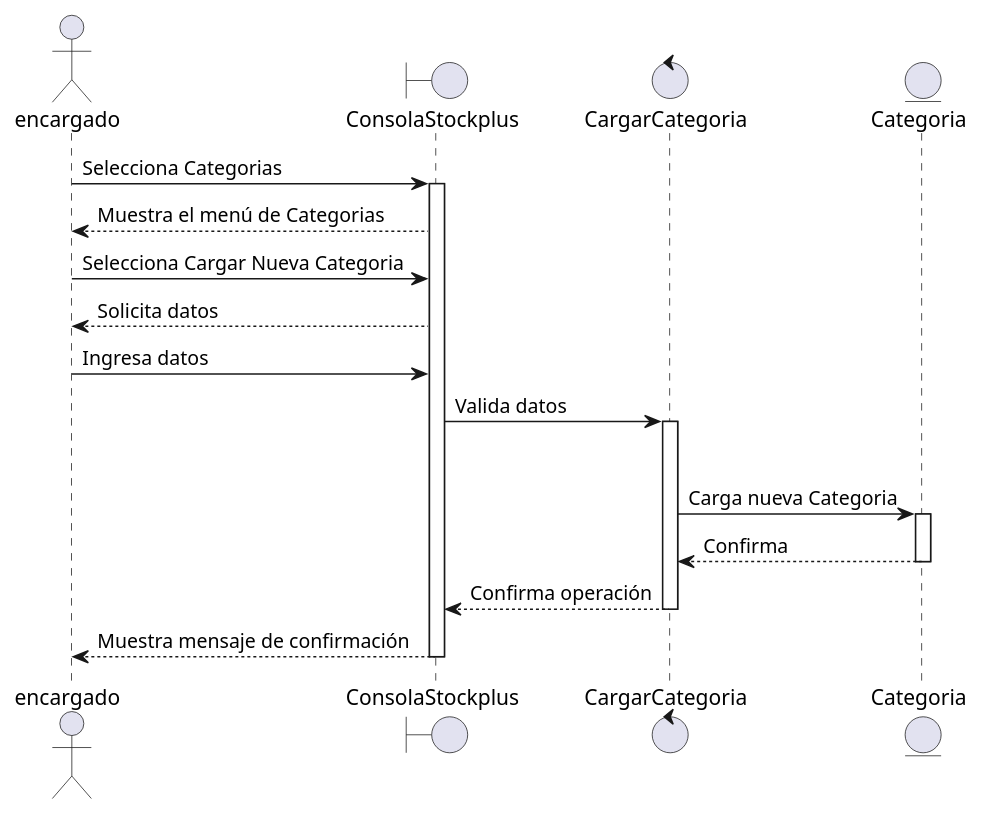
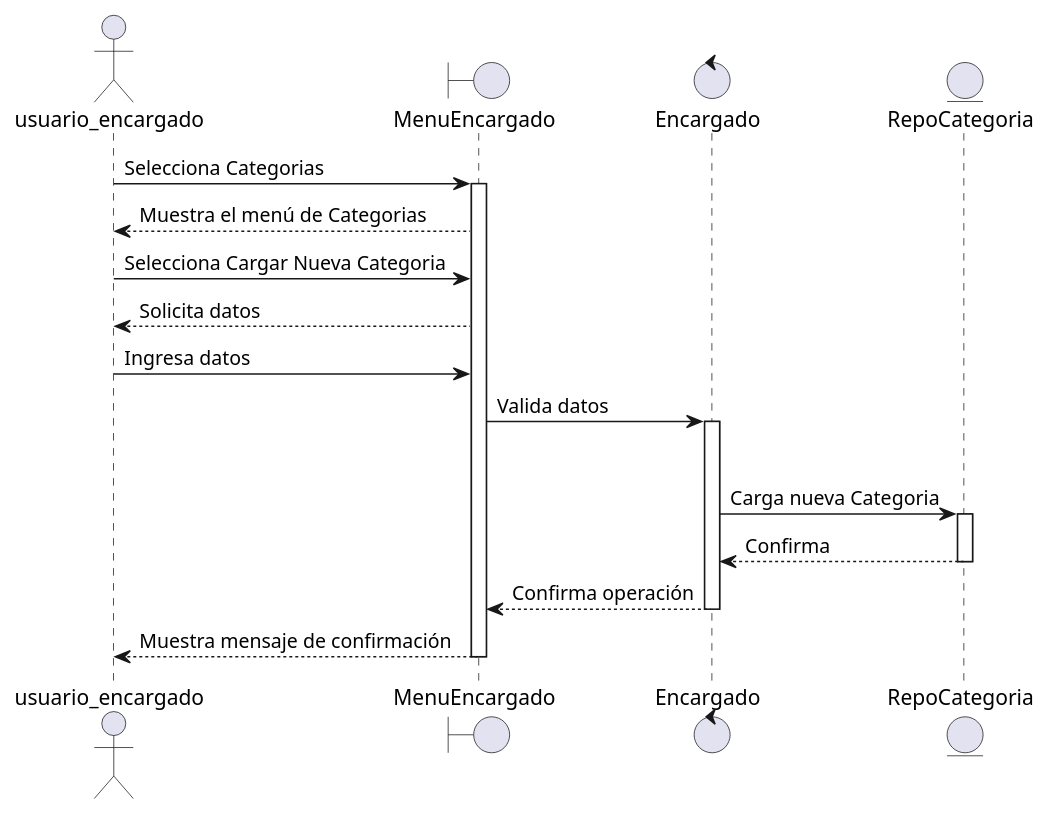
Before and after one commit to Fiordalisi/stockplus: the diagram in src/docs/use_cases/cargar_categoria.puml, drawn with PlantUML. The commit also changed 7 other files, not shown here.

Commit message:
update diagrams

```diff
--- a/src/docs/use_cases/cargar_categoria.puml
+++ b/src/docs/use_cases/cargar_categoria.puml
@@ -1,23 +1,23 @@
 @startuml
-actor encargado
-boundary ConsolaStockplus
-control CargarCategoria
-entity Categoria
-encargado -> ConsolaStockplus: Selecciona Categorias
-activate ConsolaStockplus
-ConsolaStockplus --> encargado: Muestra el menú de Categorias
-encargado -> ConsolaStockplus: Selecciona Cargar Nueva Categoria
-ConsolaStockplus --> encargado: Solicita datos
-encargado -> ConsolaStockplus: Ingresa datos
-ConsolaStockplus -> CargarCategoria: Valida datos
-activate CargarCategoria
-deactivate Categoria
-CargarCategoria -> Categoria: Carga nueva Categoria
-activate Categoria
-Categoria --> CargarCategoria: Confirma
-deactivate Categoria
-CargarCategoria --> ConsolaStockplus: Confirma operación
-deactivate CargarCategoria
-ConsolaStockplus --> encargado: Muestra mensaje de confirmación
-deactivate ConsolaStockplus
+actor usuario_encargado
+boundary MenuEncargado
+control Encargado
+entity RepoCategoria
+usuario_encargado -> MenuEncargado: Selecciona Categorias
+activate MenuEncargado
+MenuEncargado --> usuario_encargado: Muestra el menú de Categorias
+usuario_encargado -> MenuEncargado: Selecciona Cargar Nueva Categoria
+MenuEncargado --> usuario_encargado: Solicita datos
+usuario_encargado -> MenuEncargado: Ingresa datos
+MenuEncargado -> Encargado: Valida datos
+activate Encargado
+deactivate RepoCategoria
+Encargado -> RepoCategoria: Carga nueva Categoria
+activate RepoCategoria
+RepoCategoria --> Encargado: Confirma
+deactivate RepoCategoria
+Encargado --> MenuEncargado: Confirma operación
+deactivate Encargado
+MenuEncargado --> usuario_encargado: Muestra mensaje de confirmación
+deactivate MenuEncargado
 @enduml
```
